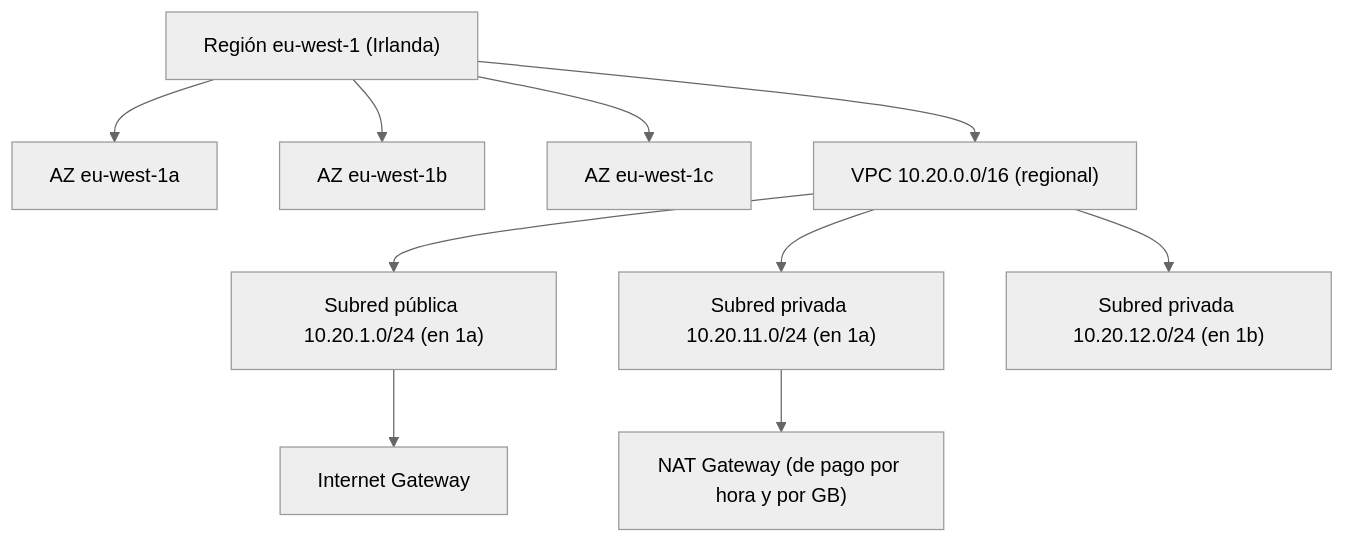
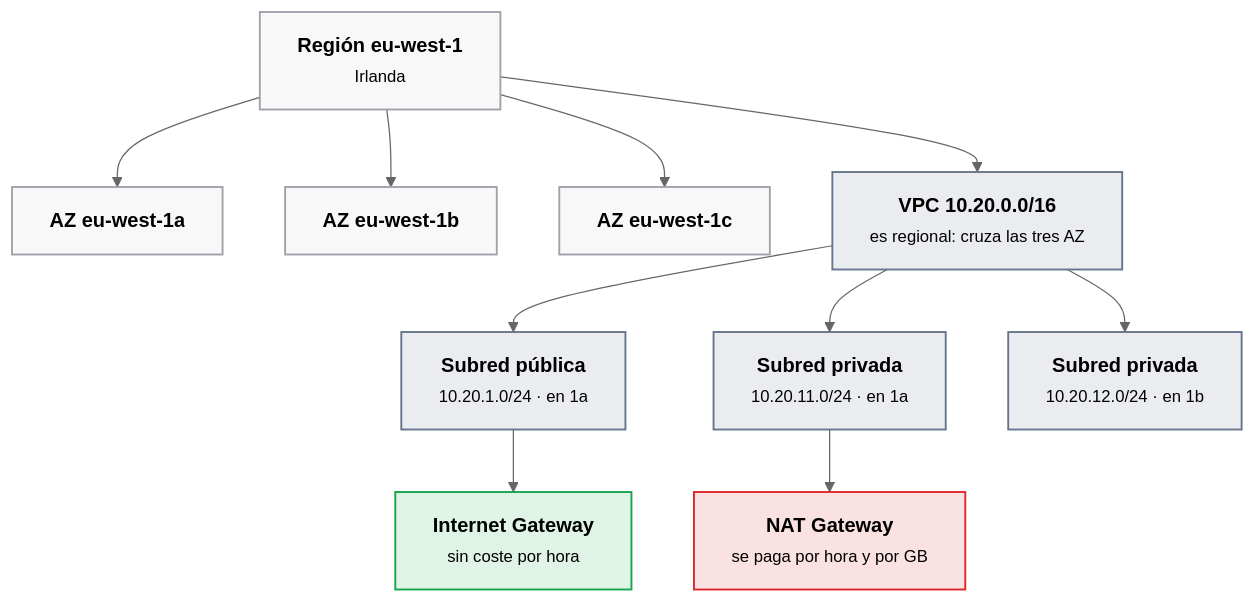
Before and after one commit to victor-educ/apuntes-5166: the first of 5 diagrams in docs/ut/ut4-nube-publica.md, drawn with Mermaid (neutral theme). The commit also changed other lines of this file and 12 other files, not shown here.

First line of the commit message:
Temporalización definitiva, gramática visual y diagramas en todas las unidades

````diff
--- a/docs/ut/ut4-nube-publica.md
+++ b/docs/ut/ut4-nube-publica.md
@@ -92,13 +92,24 @@
 ```mermaid
 flowchart TD
-    R["Región eu-west-1 (Irlanda)"]
-    R --> AZA["AZ eu-west-1a"]
-    R --> AZB["AZ eu-west-1b"]
-    R --> AZC["AZ eu-west-1c"]
-    R --> VPC["VPC 10.20.0.0/16 (regional)"]
-    VPC --> S1["Subred pública 10.20.1.0/24 (en 1a)"]
-    VPC --> S2["Subred privada 10.20.11.0/24 (en 1a)"]
-    VPC --> S3["Subred privada 10.20.12.0/24 (en 1b)"]
-    S1 --> IGW["Internet Gateway"]
-    S2 --> NAT["NAT Gateway (de pago por hora y por GB)"]
+    R["<b>Región eu-west-1</b><br><small>Irlanda</small>"]:::infra
+    AZA["<b>AZ eu-west-1a</b>"]:::infra
+    AZB["<b>AZ eu-west-1b</b>"]:::infra
+    AZC["<b>AZ eu-west-1c</b>"]:::infra
+    VPC["<b>VPC 10.20.0.0/16</b><br><small>es regional: cruza las tres AZ</small>"]:::pieza
+    S1["<b>Subred pública</b><br><small>10.20.1.0/24 · en 1a</small>"]:::pieza
+    S2["<b>Subred privada</b><br><small>10.20.11.0/24 · en 1a</small>"]:::pieza
+    S3["<b>Subred privada</b><br><small>10.20.12.0/24 · en 1b</small>"]:::pieza
+    IGW["<b>Internet Gateway</b><br><small>sin coste por hora</small>"]:::ok
+    NAT["<b>NAT Gateway</b><br><small>se paga por hora y por GB</small>"]:::riesgo
+    R --> AZA & AZB & AZC
+    R --> VPC
+    VPC --> S1 & S2 & S3
+    S1 --> IGW
+    S2 --> NAT
+    classDef act fill:#ea580c22,stroke:#ea580c,stroke-width:1.5px
+    classDef pieza fill:#64748b22,stroke:#64748b,stroke-width:1.5px
+    classDef dato fill:#2563eb22,stroke:#2563eb,stroke-width:1.5px
+    classDef infra fill:#a1a1aa14,stroke:#a1a1aa,stroke-width:1.5px
+    classDef ok fill:#16a34a22,stroke:#16a34a,stroke-width:1.5px
+    classDef riesgo fill:#dc262622,stroke:#dc2626,stroke-width:1.5px
 ```
````
